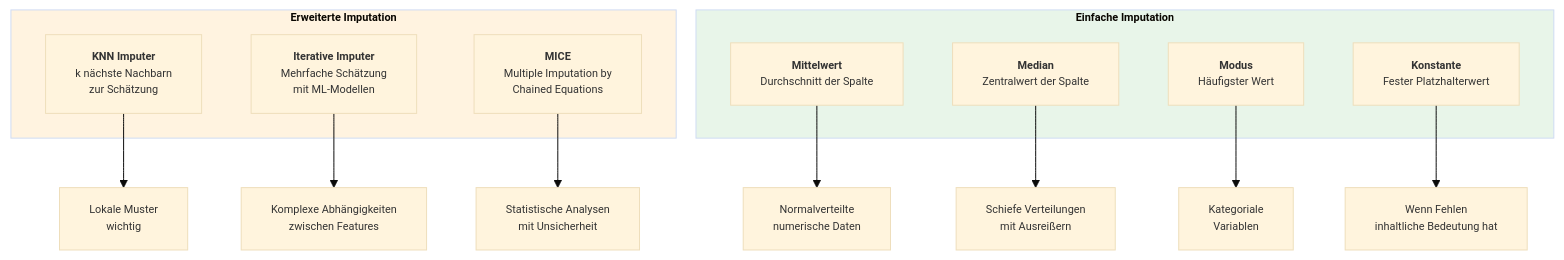
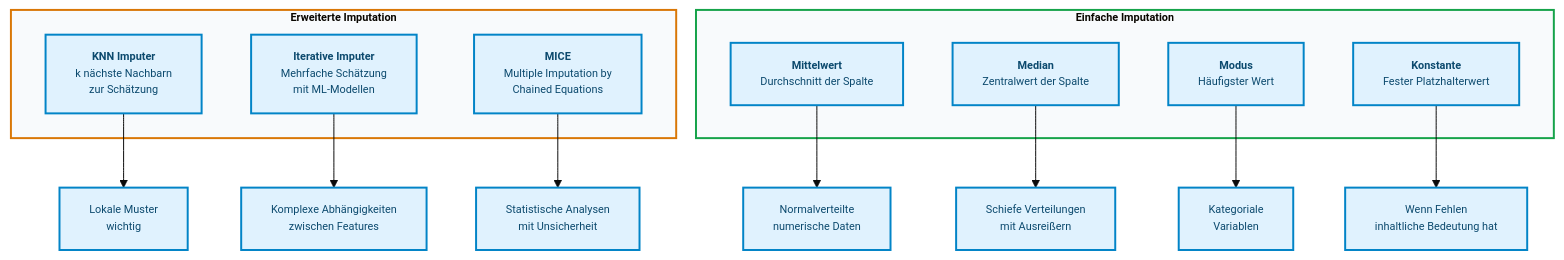
One commit to ralf-42/ML_Intro changed the third of 4 diagrams in docs/concepts/prepare/missing_values.md. Above: the diagram before and after it, drawn with Mermaid. The commit also changed other lines of this file and 67 other files, not shown here.

````diff
--- a/docs/concepts/prepare/missing_values.md
+++ b/docs/concepts/prepare/missing_values.md
@@ -96,31 +96,32 @@
 ```mermaid
 %%{init: {'theme': 'base', 'themeVariables': {'fontSize': '11px'}}}%%
 flowchart TB
 
     subgraph advanced["<b>Erweiterte Imputation"]
         knn["<b>KNN Imputer</b><br/>k nächste Nachbarn<br/>zur Schätzung"]
         iterative["<b>Iterative Imputer</b><br/>Mehrfache Schätzung<br/>mit ML-Modellen"]
         mice["<b>MICE</b><br/>Multiple Imputation by<br/>Chained Equations"]
     end
     
     subgraph simple["<b>Einfache Imputation"]
         mean["<b>Mittelwert</b><br/>Durchschnitt der Spalte"]
         median["<b>Median</b><br/>Zentralwert der Spalte"]
         mode["<b>Modus</b><br/>Häufigster Wert"]
         constant["<b>Konstante</b><br/>Fester Platzhalterwert"]
     end
     
 
     
     mean --> mean_use["Normalverteilte<br/>numerische Daten"]
     median --> median_use["Schiefe Verteilungen<br/>mit Ausreißern"]
     mode --> mode_use["Kategoriale<br/>Variablen"]
     constant --> constant_use["Wenn Fehlen<br/>inhaltliche Bedeutung hat"]
     
     knn --> knn_use["Lokale Muster<br/>wichtig"]
     iterative --> iterative_use["Komplexe Abhängigkeiten<br/>zwischen Features"]
     mice --> mice_use["Statistische Analysen<br/>mit Unsicherheit"]
 
-    style simple fill:#e8f5e9
-    style advanced fill:#fff3e0
+classDef default fill:#e0f2fe,stroke:#0284c7,stroke-width:2px,color:#0c4a6e;
+style simple fill:#f8fafc,stroke:#16a34a,stroke-width:2px
+style advanced fill:#f8fafc,stroke:#d97706,stroke-width:2px
 ```
````
